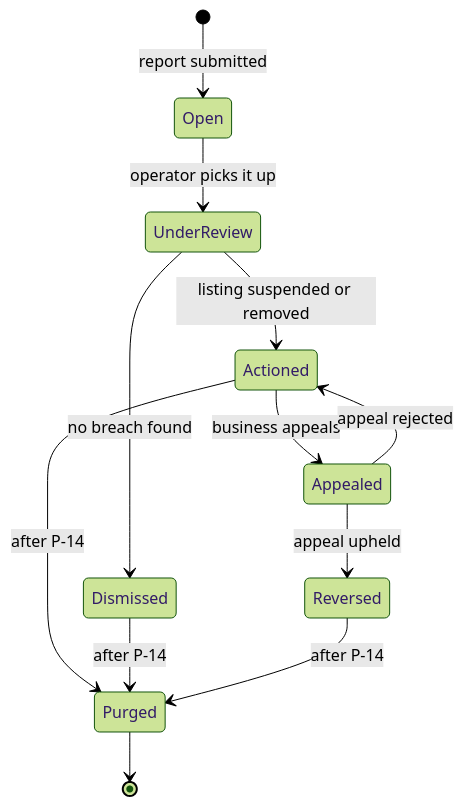
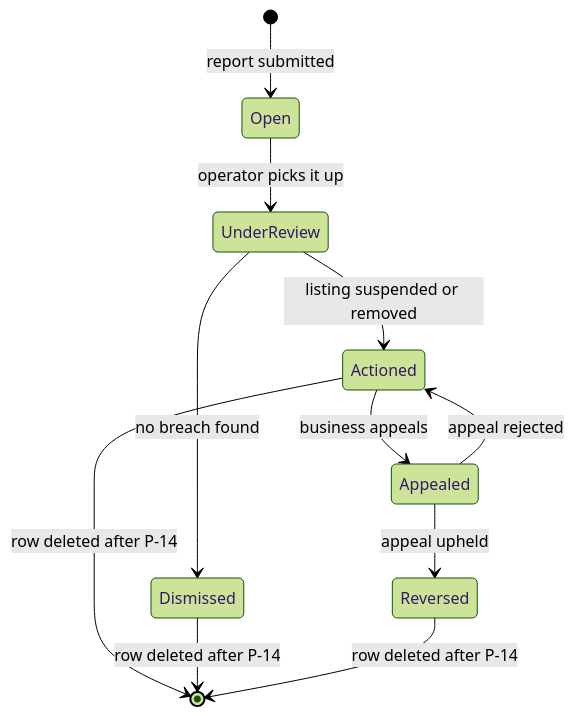
Before and after one commit to Jannisar01/hitchpost: the eighth of 9 diagrams in docs/sad/07-process-and-behaviour-models.md, drawn with Mermaid (forest theme). The commit also changed other lines of this file and 23 other files, not shown here.

````diff
--- a/docs/sad/07-process-and-behaviour-models.md
+++ b/docs/sad/07-process-and-behaviour-models.md
@@ -385,14 +440,13 @@
 ```mermaid
 stateDiagram-v2
   [*] --> Open: report submitted
   Open --> UnderReview: operator picks it up
   UnderReview --> Actioned: listing suspended or removed
   UnderReview --> Dismissed: no breach found
   Actioned --> Appealed: business appeals
   Appealed --> Actioned: appeal rejected
   Appealed --> Reversed: appeal upheld
-  Actioned --> Purged: after P-14
-  Dismissed --> Purged: after P-14
-  Reversed --> Purged: after P-14
-  Purged --> [*]
+  Actioned --> [*]: row deleted after P-14
+  Dismissed --> [*]: row deleted after P-14
+  Reversed --> [*]: row deleted after P-14
 ```
````
